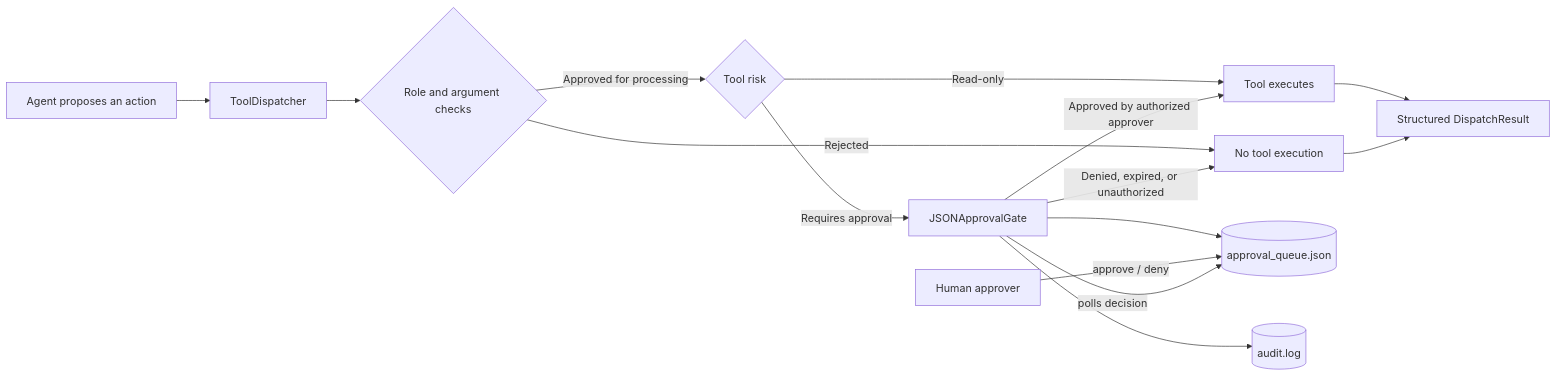
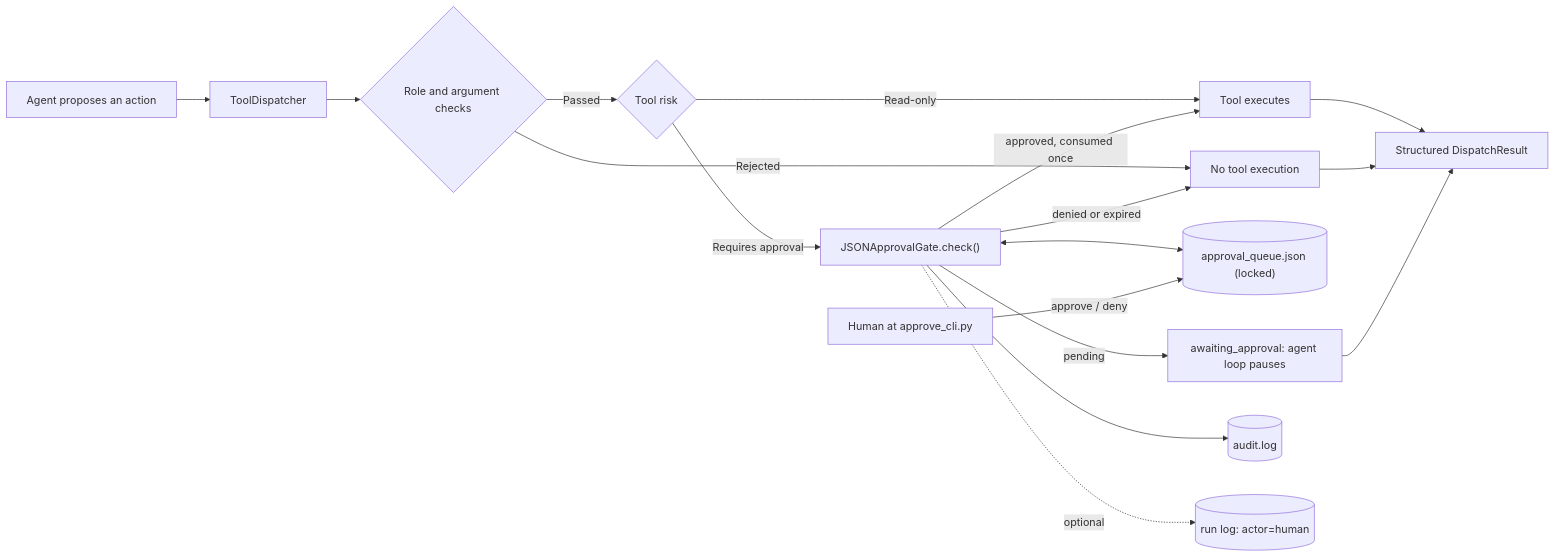
Before and after one commit to SelinaMasembe/Software-engineering-QA-agent: the first of 2 diagrams in docs/requirements/week4/member5-approval-gate-explained.md, drawn with Mermaid. The commit also changed other lines of this file and 35 other files, not shown here.

Commit message:
Add Week 5 run logger, harden approval gate, fix repo safety checks

````diff
--- a/docs/requirements/week4/member5-approval-gate-explained.md
+++ b/docs/requirements/week4/member5-approval-gate-explained.md
@@ -15,17 +16,19 @@
 ```mermaid
 flowchart LR
     A["Agent proposes an action"] --> B["ToolDispatcher"]
     B --> C{"Role and argument checks"}
     C -->|"Rejected"| X["No tool execution"]
-    C -->|"Approved for processing"| D{"Tool risk"}
+    C -->|"Passed"| D{"Tool risk"}
     D -->|"Read-only"| E["Tool executes"]
-    D -->|"Requires approval"| F["JSONApprovalGate"]
-    F --> G[("approval_queue.json")]
-    H["Human approver"] -->|"approve / deny"| G
-    F -->|"polls decision"| G
-    F -->|"Approved by authorized approver"| E
-    F -->|"Denied, expired, or unauthorized"| X
+    D -->|"Requires approval"| F["JSONApprovalGate.check()"]
+    F <--> G[("approval_queue.json (locked)")]
+    H["Human at approve_cli.py"] -->|"approve / deny"| G
+    F -->|"approved, consumed once"| E
+    F -->|"pending"| P["awaiting_approval: agent loop pauses"]
+    F -->|"denied or expired"| X
     F --> I[("audit.log")]
+    F -.->|"optional"| R[("run log: actor=human")]
     E --> J["Structured DispatchResult"]
     X --> J
+    P --> J
 ```
````
